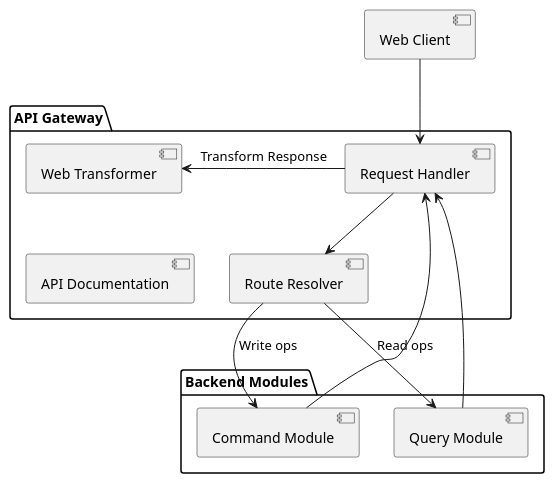
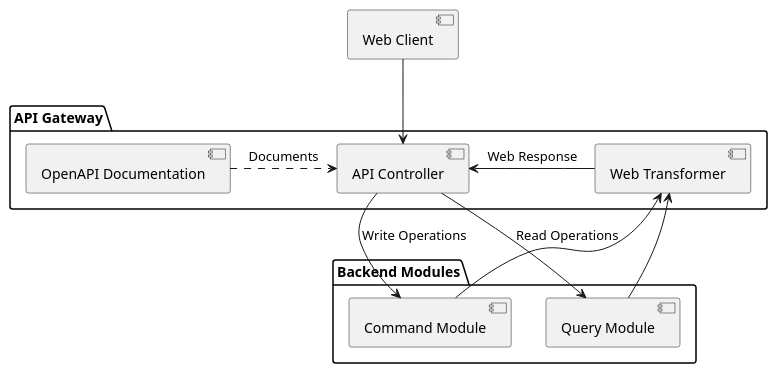
The third of 7 diagrams in docs/architecture.md (Osguima3/welz), drawn with PlantUML before and after one commit. The commit also changed other lines of this file and 59 other files, not shown here.

````diff
--- a/docs/architecture.md
+++ b/docs/architecture.md
@@ -429,28 +446,25 @@
 ```plantuml
 @startuml
 [Web Client]
 
 package "API Gateway" {
-    [Request Handler]
-    [Route Resolver]
+    [API Controller]
     [Web Transformer]
-    [API Documentation]
+    [OpenAPI Documentation]
 }
 
 package "Backend Modules" {
     [Command Module]
     [Query Module]
 }
 
-[Web Client] --> [Request Handler]
-[Request Handler] --> [Route Resolver]
-[Route Resolver] --> [Command Module] : Write ops
-[Route Resolver] --> [Query Module] : Read ops
-[Command Module] --> [Request Handler]
-[Query Module] --> [Request Handler]
-[Request Handler] -left-> [Web Transformer] : Transform Response
-
-[Web Transformer] -[hidden]down-> [API Documentation]
+[Web Client] -down-> [API Controller]
+[API Controller] --> [Command Module] : Write Operations
+[API Controller] --> [Query Module] : Read Operations
+[Command Module] -up-> [Web Transformer]
+[Query Module] -up-> [Web Transformer]
+[Web Transformer] -left-> [API Controller] : Web Response
+[OpenAPI Documentation] -right.-> [API Controller] : Documents
 
 @enduml
 ```
````
